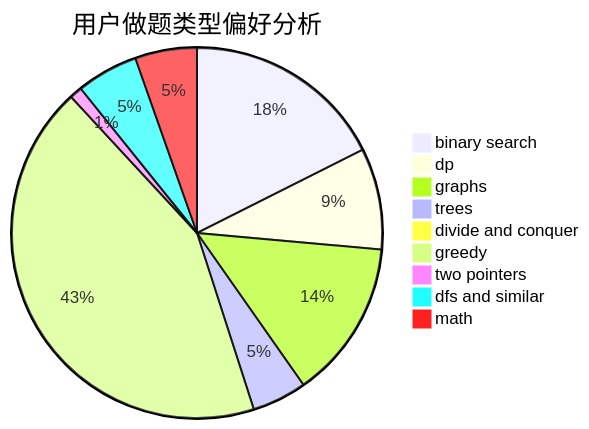
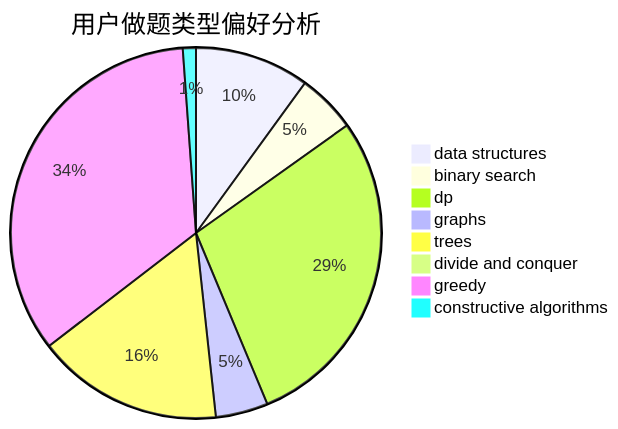
The second of 3 diagrams in docs/user/u2329.md (sherpahu/cfrs.github.io), drawn with Mermaid before and after one commit. The commit also changed other lines of this file and 2775 other files, not shown here.

````diff
--- a/docs/user/u2329.md
+++ b/docs/user/u2329.md
@@ -23,12 +23,11 @@
 ```mermaid
 pie title 用户做题类型偏好分析
-    "binary search" :  225
-    "dp" :  113
-    "graphs" :  177
-    "trees" :  61
-    "divide and conquer" :  4
-    "greedy" :  551
-    "two pointers" :  14
-    "dfs and similar" :  69
-    "math" :  69
+    "data structures" :  35
+    "binary search" :  18
+    "dp" :  100
+    "graphs" :  16
+    "trees" :  57
+    "divide and conquer" :  0
+    "greedy" :  120
+    "constructive algorithms" :  4
 ```
````
